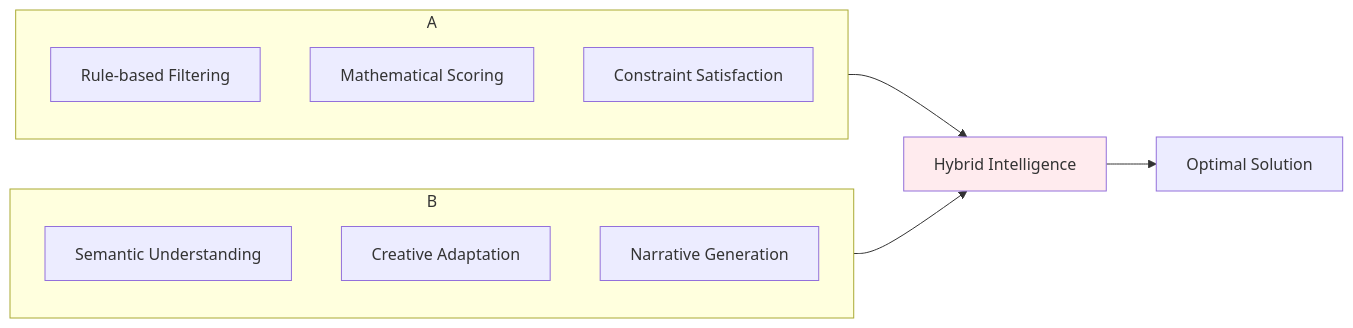
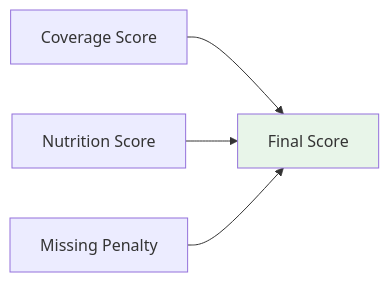
The second of 5 diagrams in README.md (Riyans13h/NutriChefAI.), drawn with Mermaid before and after one commit. The commit also changed other lines of this file, not shown here.

````diff
--- a/README.md
+++ b/README.md
@@ -102,20 +101,8 @@
 ```mermaid
 graph LR
-    A[Deterministic Layer] --> C[Hybrid Intelligence]
-    B[Generative Layer] --> C
-    C --> D[Optimal Solution]
+    A[Coverage Score] --> F[Final Score]
+    B[Nutrition Score] --> F
+    C[Missing Penalty] --> F
     
-    subgraph A
-        A1[Rule-based Filtering]
-        A2[Mathematical Scoring]
-        A3[Constraint Satisfaction]
-    end
-    
-    subgraph B
-        B1[Semantic Understanding]
-        B2[Creative Adaptation]
-        B3[Narrative Generation]
-    end
-    
-    style C fill:#ffebee
+    style F fill:#e8f5e9
 ```
````
